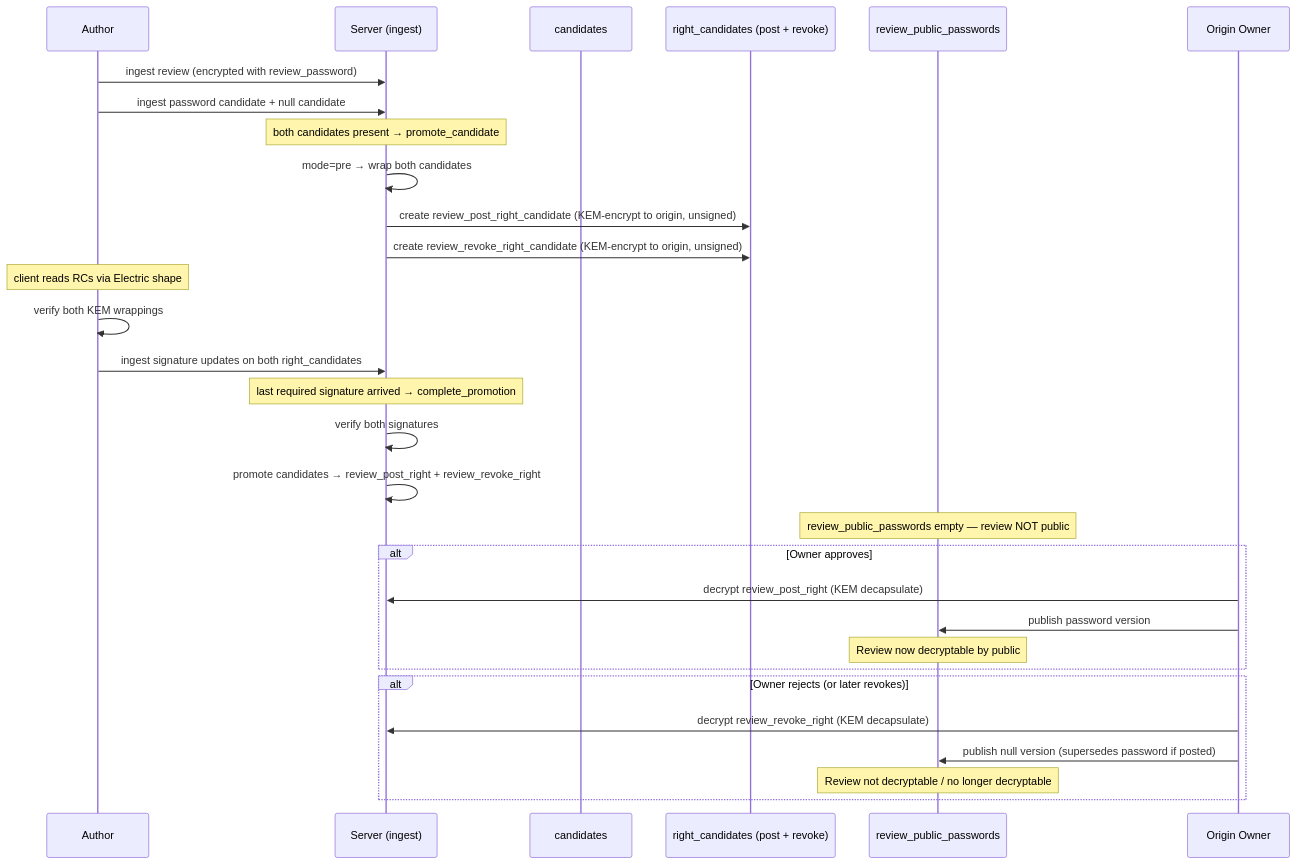
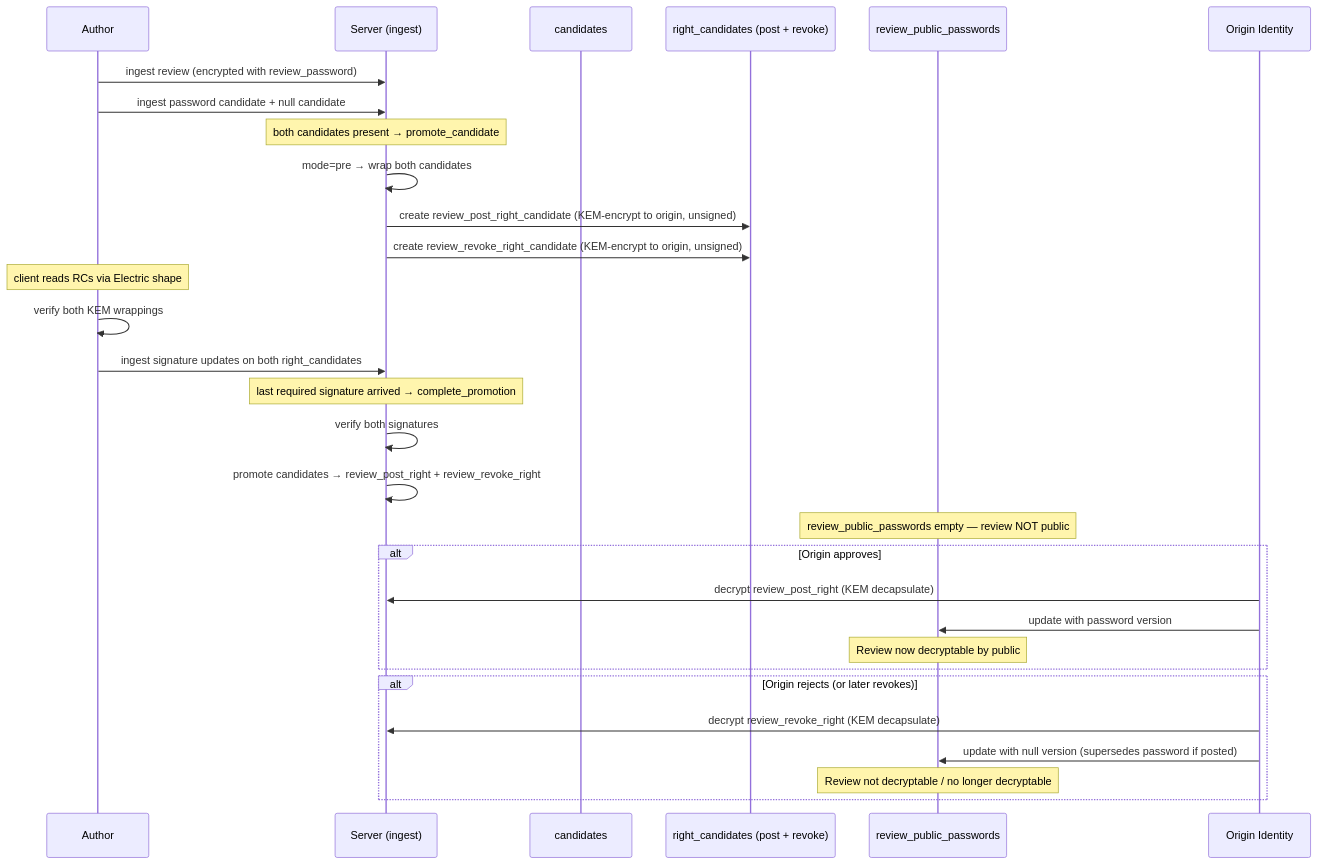
The fourth of 4 diagrams in docs/proposal/reviews.md (Buckitup-chat/chat), drawn with Mermaid before and after one commit. The commit also changed other lines of this file and 14 other files, not shown here.

Commit message:
reviews: review creation full flow

````diff
--- a/docs/proposal/reviews.md
+++ b/docs/proposal/reviews.md
@@ -208,37 +205,37 @@
 ```mermaid
 sequenceDiagram
     participant A as Author
     participant S as Server (ingest)
     participant C as candidates
     participant RC as right_candidates (post + revoke)
     participant P as review_public_passwords
-    participant O as Origin Owner
+    participant O as Origin Identity
 
     A->>S: ingest review (encrypted with review_password)
     A->>S: ingest password candidate + null candidate
     Note over S: both candidates present → promote_candidate
     S->>S: mode=pre → wrap both candidates
     S->>RC: create review_post_right_candidate (KEM-encrypt to origin, unsigned)
     S->>RC: create review_revoke_right_candidate (KEM-encrypt to origin, unsigned)
 
     Note over A: client reads RCs via Electric shape
     A->>A: verify both KEM wrappings
     A->>S: ingest signature updates on both right_candidates
     Note over S: last required signature arrived → complete_promotion
     S->>S: verify both signatures
     S->>S: promote candidates → review_post_right + review_revoke_right
 
     Note over P: review_public_passwords empty — review NOT public
 
-    alt Owner approves
+    alt Origin approves
         O->>S: decrypt review_post_right (KEM decapsulate)
-        O->>P: publish password version
+        O->>P: update with password version
         Note over P: Review now decryptable by public
     end
 
-    alt Owner rejects (or later revokes)
+    alt Origin rejects (or later revokes)
         O->>S: decrypt review_revoke_right (KEM decapsulate)
-        O->>P: publish null version (supersedes password if posted)
+        O->>P: update with null version (supersedes password if posted)
         Note over P: Review not decryptable / no longer decryptable
     end
 ```
````
